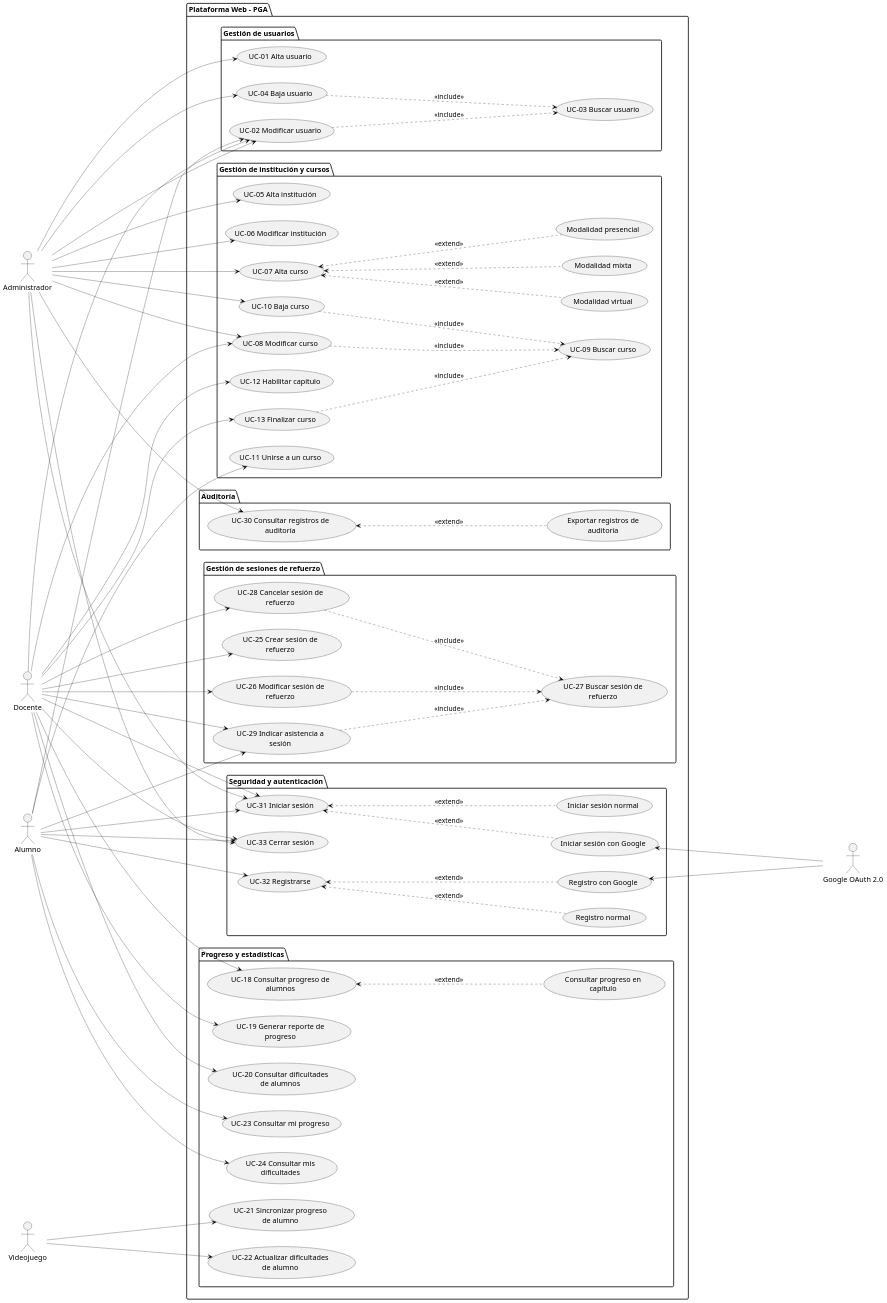
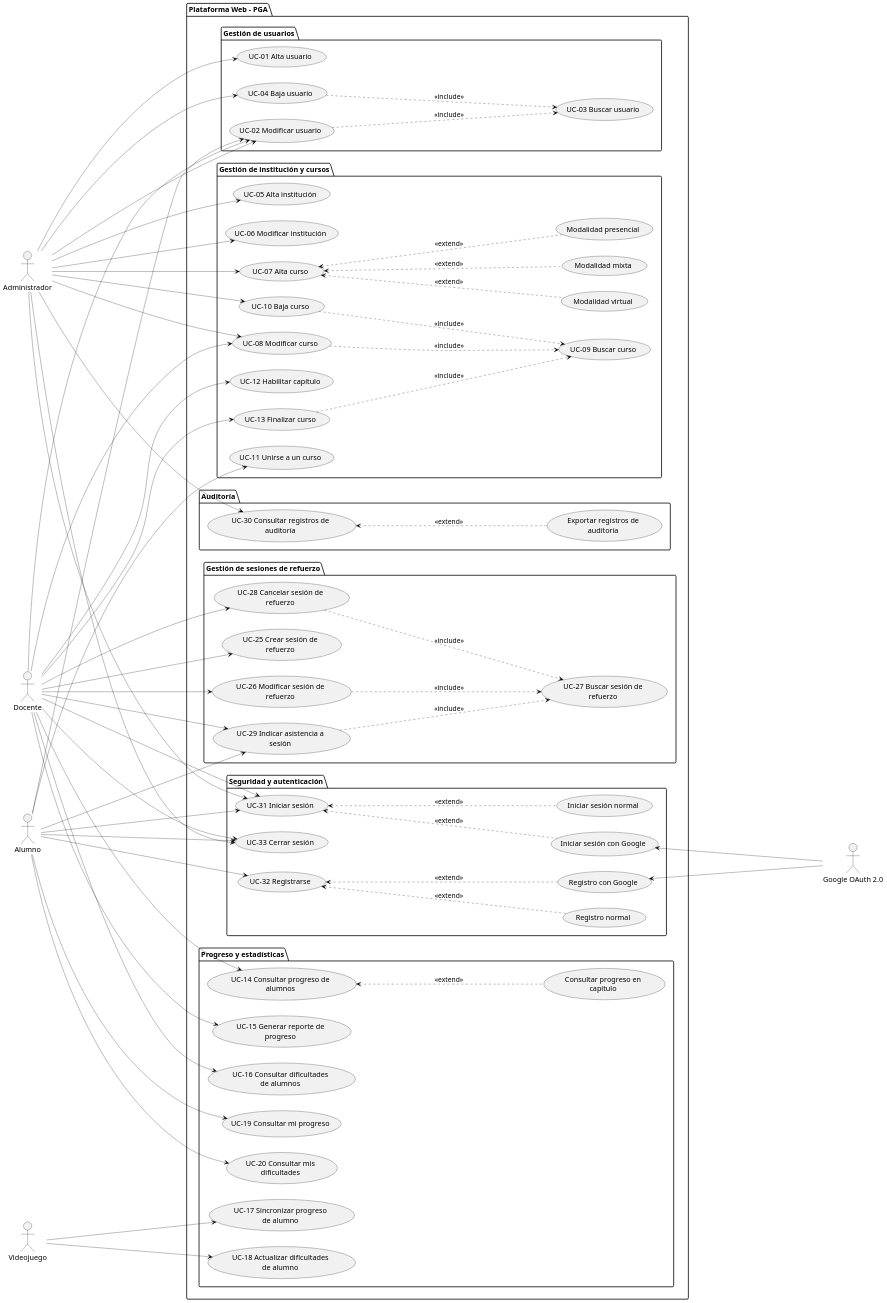
The diagram in docs/requisitos/casos-de-uso/diagrama-casos-de-uso/dcu-expandido.puml (francoalbornoz2002/ASC-ProyectoAlgoritmia-TrabajoFinal), drawn with PlantUML before and after one commit. The commit also changed 5 other files, not shown here.

```diff
--- a/docs/requisitos/casos-de-uso/diagrama-casos-de-uso/dcu-expandido.puml
+++ b/docs/requisitos/casos-de-uso/diagrama-casos-de-uso/dcu-expandido.puml
@@ -1,151 +1,151 @@
 @startuml DCU_Expandido
 left to right direction
 
 skinparam dpi 150
 skinparam usecasePadding 25
 skinparam actorPadding 100
 skinparam packagePadding 20
 skinparam wrapWidth 200
 
 skinparam nodesep 30
 skinparam ranksep 300
 
 skinparam ArrowThickness 0.5
 skinparam ArrowColor Black
 
 
 actor Administrador
 actor Docente
 actor Alumno
 actor "Google OAuth 2.0" as GoogleOAuth2
 actor Videojuego
 
 package "Plataforma Web - PGA"{
   'Subsistemas'
   package "Gestión de usuarios" {
     usecase "UC-01 Alta usuario" as UC01
     usecase "UC-02 Modificar usuario" as UC02
     usecase "UC-03 Buscar usuario" as UC03
     usecase "UC-04 Baja usuario" as UC04
 
     'Relaciones'
     Administrador --> UC01
     Administrador --> UC02
     Alumno --> UC02
     Docente --> UC02
     UC02 ..> UC03 : <<include>>
     Administrador --> UC04
     UC04 ..> UC03 : <<include>>
   }
 
   package "Gestión de institución y cursos" {
     usecase "UC-05 Alta institución" as UC05
     usecase "UC-06 Modificar institución" as UC06
     usecase "UC-07 Alta curso" as UC07
     usecase "Modalidad presencial" as UC07A
     usecase "Modalidad virtual" as UC07B
     usecase "Modalidad mixta" as UC07C
     usecase "UC-08 Modificar curso" as UC08
     usecase "UC-09 Buscar curso" as UC09
     usecase "UC-10 Baja curso" as UC10
     usecase "UC-11 Unirse a un curso" as UC11
     usecase "UC-12 Habilitar capítulo" as UC12
     usecase "UC-13 Finalizar curso" as UC13
 
     'Relaciones'
     'AM Institución
     Administrador --> UC05
     Administrador --> UC06
     'ABM Cursos
     Administrador --> UC07
     UC07 <.. UC07A : <<extend>>
     UC07 <.. UC07B : <<extend>>
     UC07 <.. UC07C : <<extend>>
     Administrador --> UC08
     Docente --> UC08
     Administrador --> UC10
     UC08 ..> UC09 : <<include>>
     UC10 ..> UC09 : <<include>>
     'Unirse a curso
     Alumno --> UC11
     'Habilitar capítulo
     Docente --> UC12
     Docente --> UC13
     UC13 ..> UC09 : <<include>>
   }
 
   package "Progreso y estadísticas" {
-    usecase "UC-18 Consultar progreso de alumnos" as UC18
-    usecase "Consultar progreso en capítulo" as UC18A
-    usecase "UC-19 Generar reporte de progreso" as UC19
-    usecase "UC-20 Consultar dificultades de alumnos" as UC20
-    usecase "UC-21 Sincronizar progreso de alumno" as UC21
-    usecase "UC-22 Actualizar dificultades de alumno" as UC22
-    usecase "UC-23 Consultar mi progreso" as UC23
-    usecase "UC-24 Consultar mis dificultades" as UC24
+    usecase "UC-14 Consultar progreso de alumnos" as UC14
+    usecase "Consultar progreso en capítulo" as UC14A
+    usecase "UC-15 Generar reporte de progreso" as UC15
+    usecase "UC-16 Consultar dificultades de alumnos" as UC16
+    usecase "UC-17 Sincronizar progreso de alumno" as UC17
+    usecase "UC-18 Actualizar dificultades de alumno" as UC18
+    usecase "UC-19 Consultar mi progreso" as UC19
+    usecase "UC-20 Consultar mis dificultades" as UC20
 
     'Relaciones'
-    Docente --> UC18
-    UC18 <.. UC18A : <<extend>>
-    Docente --> UC19
-    Docente --> UC20
-    Videojuego --> UC21
-    Videojuego --> UC22
-    Alumno --> UC23
-    Alumno --> UC24
+    Docente --> UC14
+    UC14 <.. UC14A : <<extend>>
+    Docente --> UC15
+    Docente --> UC16
+    Videojuego --> UC17
+    Videojuego --> UC18
+    Alumno --> UC19
+    Alumno --> UC20
   }
 
   package "Gestión de sesiones de refuerzo" {
     usecase "UC-25 Crear sesión de refuerzo" as UC25
     usecase "UC-26 Modificar sesión de refuerzo" as UC26
     usecase "UC-27 Buscar sesión de refuerzo" as UC27
     usecase "UC-28 Cancelar sesión de refuerzo" as UC28
     usecase "UC-29 Indicar asistencia a sesión" as UC29
 
     'Relaciones'
     Docente --> UC25
     Docente --> UC26
     Docente --> UC28
     UC26 ..> UC27 : <<include>>
     UC28 ..> UC27 : <<include>>
     Docente --> UC29
     Alumno --> UC29
     UC29 ..> UC27 : <<include>>
   }
 
   package "Auditoría" {
     usecase "UC-30 Consultar registros de auditoría" as UC30
     usecase "Exportar registros de auditoría" as UC30A
 
     'Relaciones'
     Administrador --> UC30
     UC30 <.. UC30A : <<extend>>
   }
 
   package "Seguridad y autenticación" {
     usecase "UC-31 Iniciar sesión" as UC31
     usecase "Iniciar sesión normal" as UC31A
     usecase "Iniciar sesión con Google" as UC31B
     usecase "UC-32 Registrarse" as UC32
     usecase "Registro normal" as UC32A
     usecase "Registro con Google" as UC32B
     usecase "UC-33 Cerrar sesión" as UC33
 
     'Relaciones'
     Administrador --> UC31
     Administrador --> UC33
     Docente --> UC31
     Docente --> UC33
     Alumno --> UC31
     Alumno --> UC32
     Alumno --> UC33
     UC31 <.. UC31A : <<extend>>
     UC31 <.. UC31B : <<extend>>
     UC32 <.. UC32A : <<extend>>
     UC32 <.. UC32B : <<extend>>
     GoogleOAuth2 -up-> UC31B
     GoogleOAuth2 -up-> UC32B
   }
 
 }
 @enduml
```
